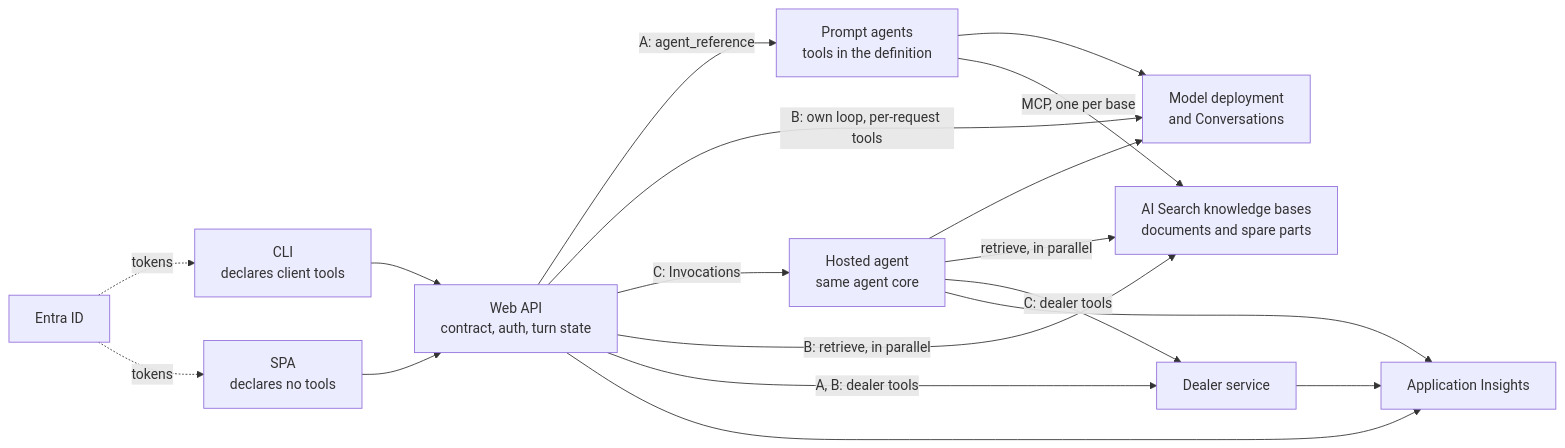
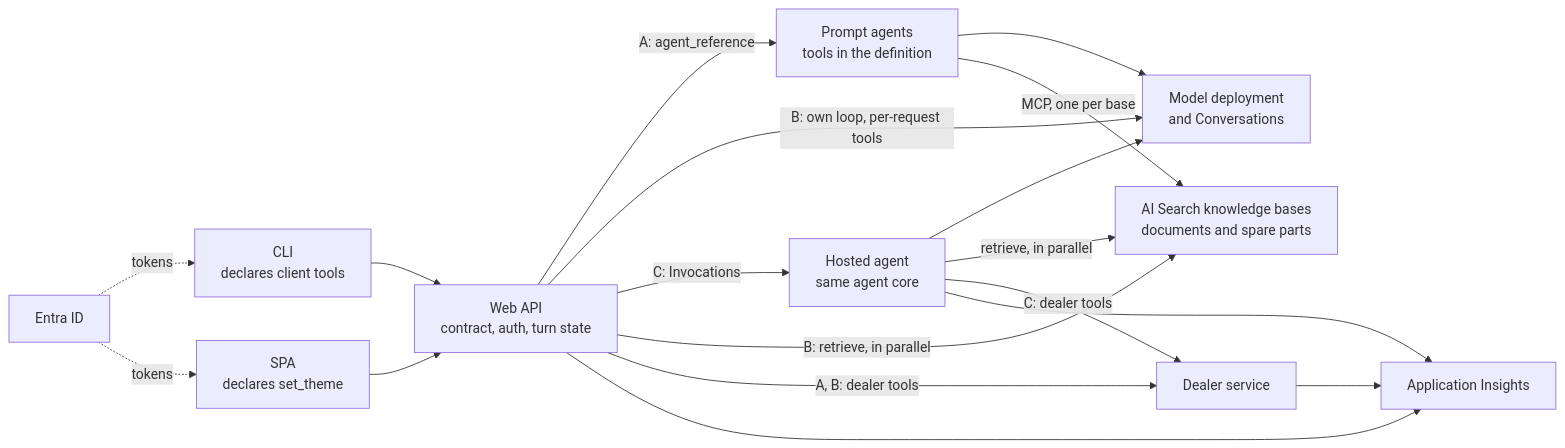
One commit to mklab-se/agentic-rag changed the diagram in README.md. Above: the diagram before and after it, drawn with Mermaid. The commit also changed other lines of this file and 19 other files, not shown here.

First line of the commit message:
Give each client a tool of its own: set_theme and honk

````diff
--- a/README.md
+++ b/README.md
@@ -47,21 +47,21 @@
 ```mermaid
 flowchart LR
     CLI["CLI<br/>declares client tools"] --> API
-    SPA["SPA<br/>declares no tools"] --> API
+    SPA["SPA<br/>declares set_theme"] --> API
     Entra["Entra ID"] -. tokens .-> CLI
     Entra -. tokens .-> SPA
     API["Web API<br/>contract, auth, turn state"]
     API -->|"A: agent_reference"| Prompt["Prompt agents<br/>tools in the definition"]
     API -->|"B: own loop, per-request tools"| Model["Model deployment<br/>and Conversations"]
     API -->|"C: Invocations"| Hosted["Hosted agent<br/>same agent core"]
     Prompt --> Model
     Hosted --> Model
     Prompt -->|"MCP, one per base"| KB["AI Search knowledge bases<br/>documents and spare parts"]
     API -->|"B: retrieve, in parallel"| KB
     Hosted -->|"retrieve, in parallel"| KB
     API -->|"A, B: dealer tools"| Dealer["Dealer service"]
     Hosted -->|"C: dealer tools"| Dealer
     API --> AI["Application Insights"]
     Dealer --> AI
     Hosted --> AI
 ```
````
